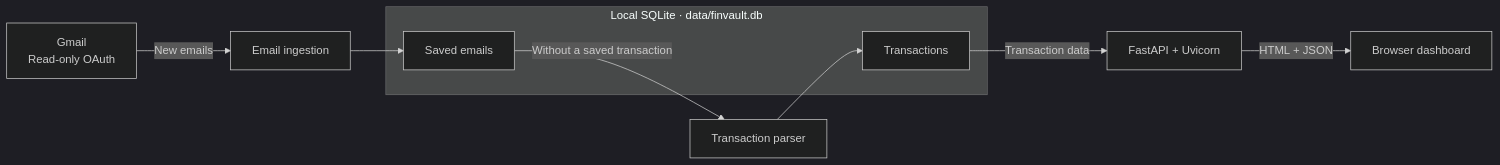
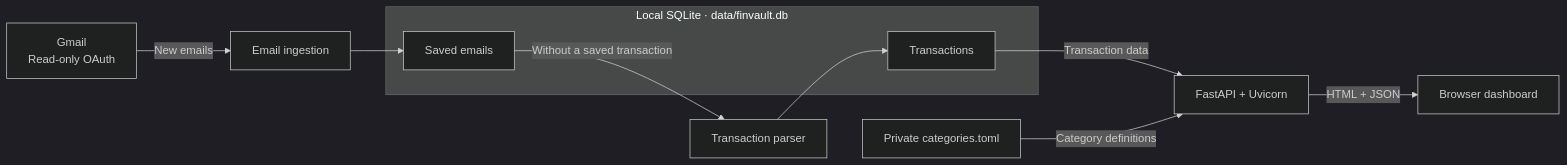
One commit to anandvgeorge/finvault changed the first of 2 diagrams in README.md. Above: the diagram before and after it, drawn with Mermaid (dark theme). The commit also changed other lines of this file and 11 other files, not shown here.

Commit message:
Load transaction categories from private TOML settings

````diff
--- a/README.md
+++ b/README.md
@@ -9,15 +9,16 @@
 ```mermaid
 flowchart LR
     Gmail["Gmail<br/>Read-only OAuth"] -->|New emails| Ingest["Email ingestion"]
 
     subgraph SQLite["Local SQLite · data/finvault.db"]
         Emails["Saved emails"]
         Transactions["Transactions"]
     end
 
     Ingest --> Emails
     Emails -->|Without a saved transaction| Parser["Transaction parser"]
     Parser --> Transactions
     Transactions -->|Transaction data| API["FastAPI + Uvicorn"]
+    Categories["Private categories.toml"] -->|Category definitions| API
     API -->|HTML + JSON| Dashboard["Browser dashboard"]
 ```
````
